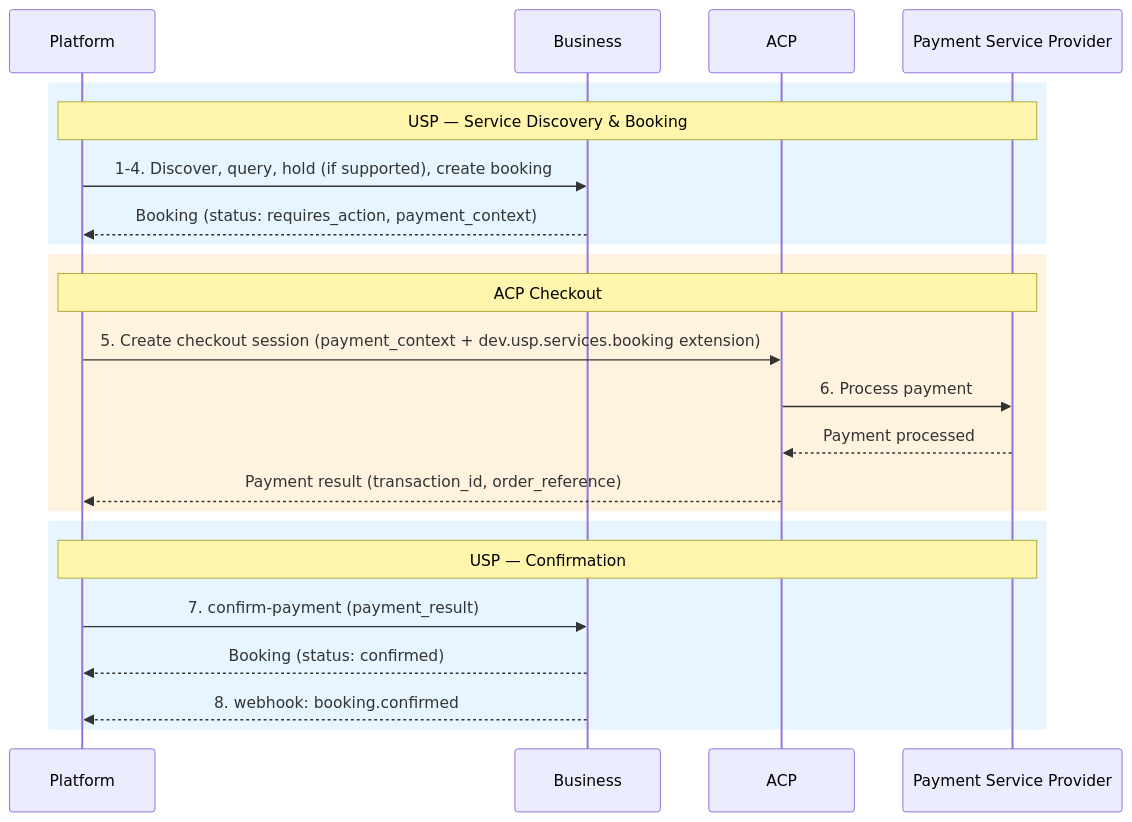
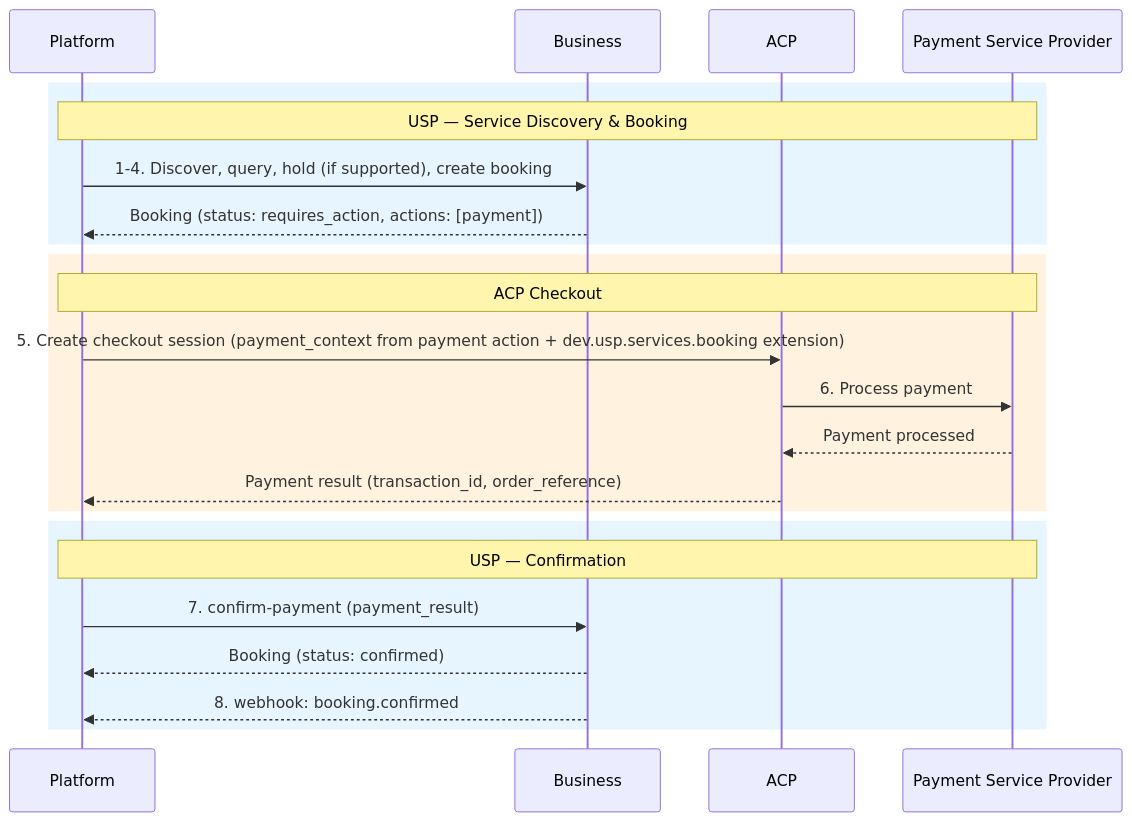
The ninth of 9 diagrams in specification.md (wix/universal-scheduling-protocol), drawn with Mermaid before and after one commit. The commit also changed other lines of this file and 3 other files, not shown here.

````diff
--- a/specification.md
+++ b/specification.md
@@ -2478,28 +3403,28 @@
 ```mermaid
 sequenceDiagram
     participant P as Platform
     participant B as Business
     participant ACP as ACP
     participant PSP as Payment Service Provider
 
     rect rgb(230, 245, 255)
     Note over P,PSP: USP — Service Discovery & Booking
     P->>B: 1-4. Discover, query, hold (if supported), create booking
-    B-->>P: Booking (status: requires_action, payment_context)
+    B-->>P: Booking (status: requires_action, actions: [payment])
     end
 
     rect rgb(255, 243, 224)
     Note over P,PSP: ACP Checkout
-    P->>ACP: 5. Create checkout session (payment_context + dev.usp.services.booking extension)
+    P->>ACP: 5. Create checkout session (payment_context from payment action + dev.usp.services.booking extension)
     ACP->>PSP: 6. Process payment
     PSP-->>ACP: Payment processed
     ACP-->>P: Payment result (transaction_id, order_reference)
     end
 
     rect rgb(230, 245, 255)
     Note over P,PSP: USP — Confirmation
     P->>B: 7. confirm-payment (payment_result)
     B-->>P: Booking (status: confirmed)
     B-->>P: 8. webhook: booking.confirmed
     end
 ```
````
